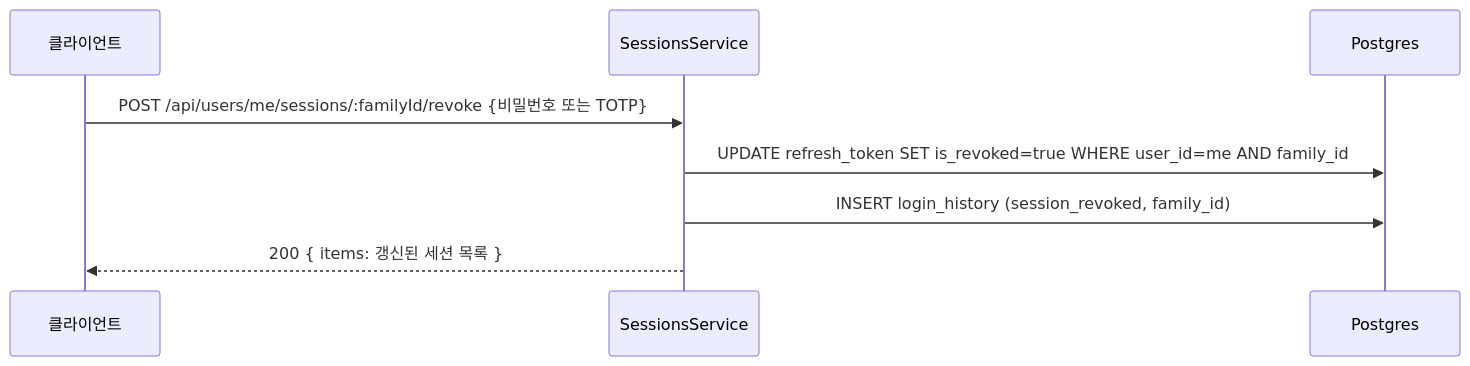
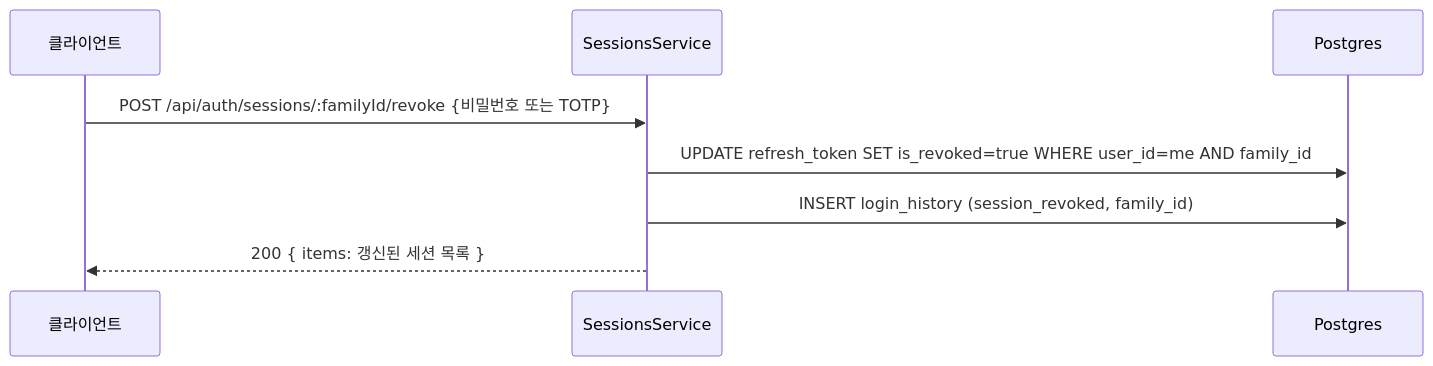
One commit to worker-ants/clemvion changed the sixth of 13 diagrams in spec/CLE-ACCT/CLE-ACCT-DATA.md. Above: the diagram before and after it, drawn with Mermaid. The commit also changed other lines of this file and 64 other files, not shown here.

````diff
--- a/spec/CLE-ACCT/CLE-ACCT-DATA.md
+++ b/spec/CLE-ACCT/CLE-ACCT-DATA.md
@@ -353,10 +355,10 @@
 ```mermaid
 sequenceDiagram
   participant C as 클라이언트
   participant Svc as SessionsService
   participant PG as Postgres
-  C->>Svc: POST /api/users/me/sessions/:familyId/revoke {비밀번호 또는 TOTP}
+  C->>Svc: POST /api/auth/sessions/:familyId/revoke {비밀번호 또는 TOTP}
   Svc->>PG: UPDATE refresh_token SET is_revoked=true WHERE user_id=me AND family_id
   Svc->>PG: INSERT login_history (session_revoked, family_id)
   Svc-->>C: 200 { items: 갱신된 세션 목록 }
 ```
````
